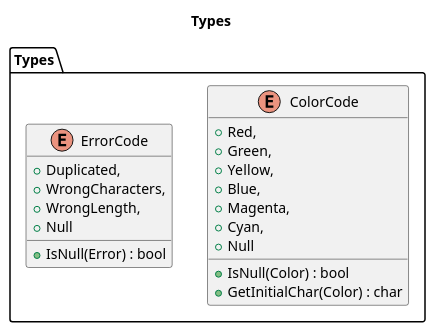
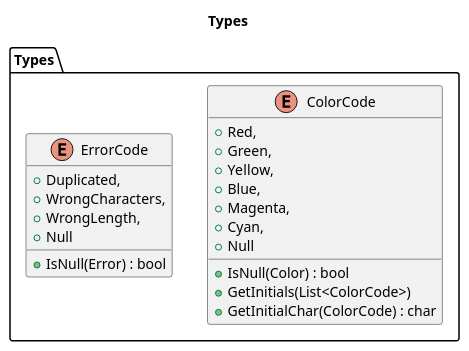
The diagram in src/Mastermind/ModelViewPresenter/PresentationModel/Facade/Docs/Types.plantuml (franpaulinoinfante/MasterSoftwareDevelopment), drawn with PlantUML before and after one commit. The commit also changed 21 other files, not shown here.

```diff
--- a/src/Mastermind/ModelViewPresenter/PresentationModel/Facade/Docs/Types.plantuml
+++ b/src/Mastermind/ModelViewPresenter/PresentationModel/Facade/Docs/Types.plantuml
@@ -1,24 +1,25 @@
 @startuml Types
 title Types
 namespace Types{
     enum ColorCode{
         +Red,
         +Green,
         +Yellow,
         +Blue,
         +Magenta,
         +Cyan,
         +Null
         +IsNull(Color) : bool
-        +GetInitialChar(Color) : char
+        +GetInitials(List<ColorCode>)
+        +GetInitialChar(ColorCode) : char
     }
 
     enum ErrorCode{
         +Duplicated,
         +WrongCharacters,
         +WrongLength,
         +Null
         +IsNull(Error) : bool
     }
 }
 @enduml
```
